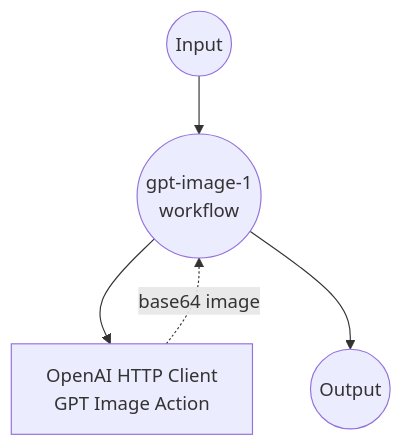
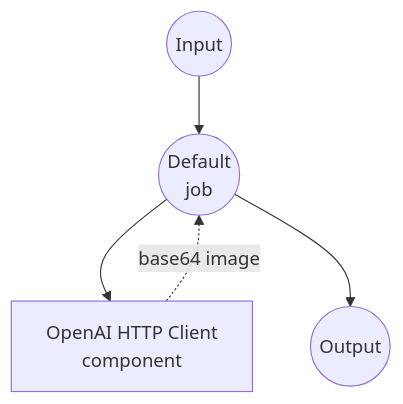
The second of 2 diagrams in examples/openai-image-generations/README.md (hanyeol/model-compose), drawn with Mermaid before and after one commit. The commit also changed other lines of this file and 30 other files, not shown here.

````diff
--- a/examples/openai-image-generations/README.md
+++ b/examples/openai-image-generations/README.md
@@ -151,16 +151,16 @@
 ```mermaid
 graph TD
     %% Default job (implicit)
-    J1((gpt-image-1<br/>workflow))
+    J1((Default<br/>job))
 
     %% Component
-    C1[OpenAI HTTP Client<br/>GPT Image Action]
+    C1[OpenAI HTTP Client<br/>component]
 
     %% Job to component connections
     J1 --> C1
     C1 -.-> |base64 image| J1
 
     %% Input/Output
     Input((Input)) --> J1
     J1 --> Output((Output))
 ```
````
